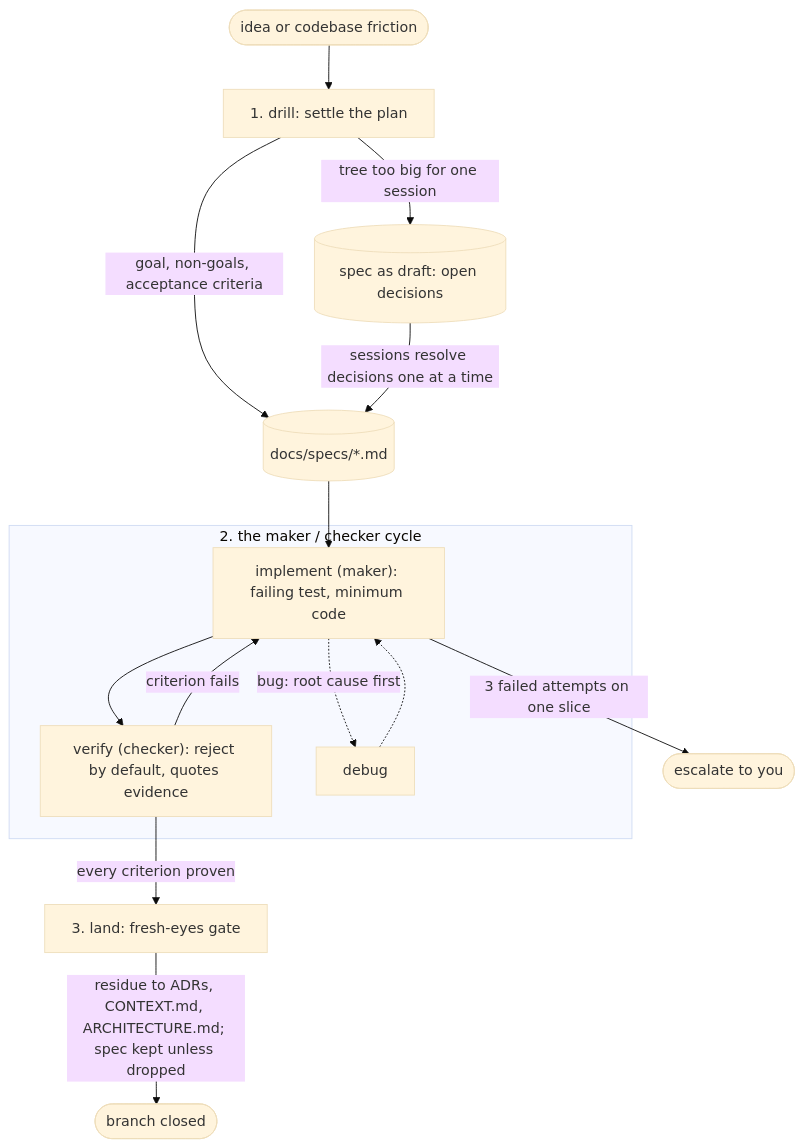
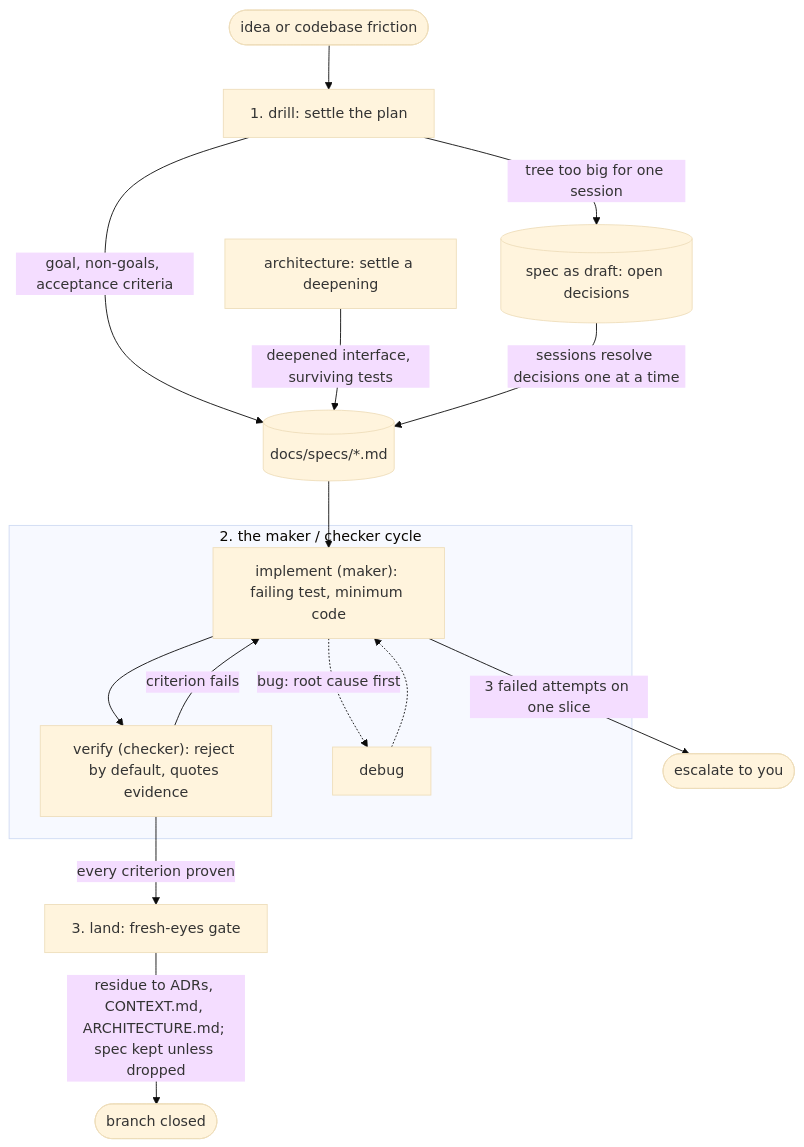
One commit to pwguler/skills changed the diagram in README.md. Above: the diagram before and after it, drawn with Mermaid (base theme). The commit also changed 16 other files, not shown here.

Commit message:
adversarial pass: 18 survivors fixed; prototype model-invocable and owned by drill's mockup fork; debug gets an attempt cap; architecture routes settled designs to implement via a spec; prototype writes DESIGN.md; rubric brief carries the artifact; run fallback; teach and tooling stale refs

````diff
--- a/README.md
+++ b/README.md
@@ -53,19 +53,20 @@
 ```mermaid
 flowchart TD
     idea([idea or codebase friction]) --> drill["1. drill: settle the plan"]
     drill -- "goal, non-goals, acceptance criteria" --> spec[("docs/specs/*.md")]
+    arch["architecture: settle a deepening"] -- "deepened interface, surviving tests" --> spec
     drill -- "tree too big for one session" --> draft[("spec as draft: open decisions")]
     draft -- "sessions resolve decisions one at a time" --> spec
     spec --> impl
 
     subgraph cycle["2. the maker / checker cycle"]
         impl["implement (maker): failing test, minimum code"] --> verify["verify (checker): reject by default, quotes evidence"]
         verify -- "criterion fails" --> impl
         impl -. "bug: root cause first" .-> debug
         debug -.-> impl
     end
 
     verify -- "every criterion proven" --> land["3. land: fresh-eyes gate"]
     impl -- "3 failed attempts on one slice" --> you(["escalate to you"])
     land -- "residue to ADRs, CONTEXT.md, ARCHITECTURE.md; spec kept unless dropped" --> done([branch closed])
 ```
````
